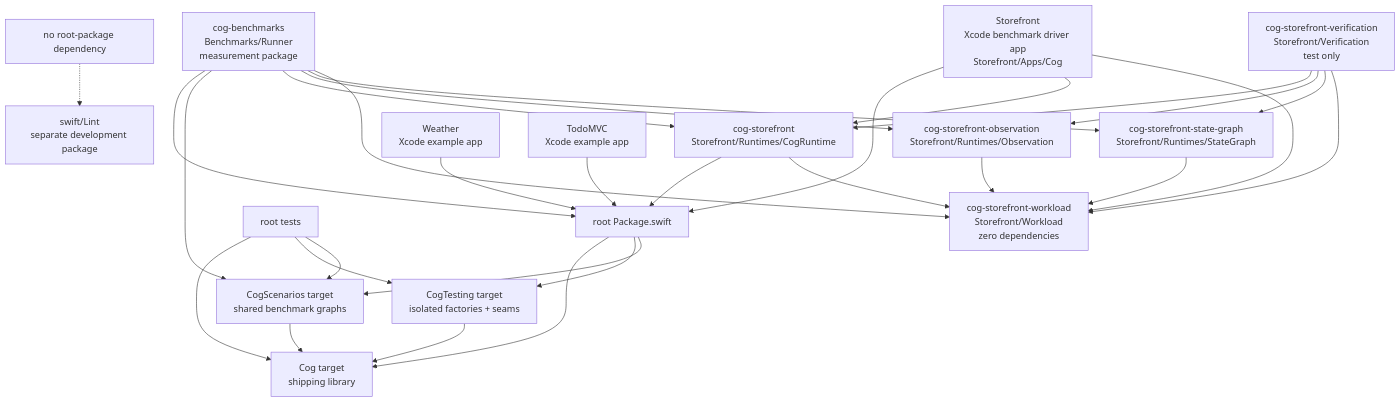
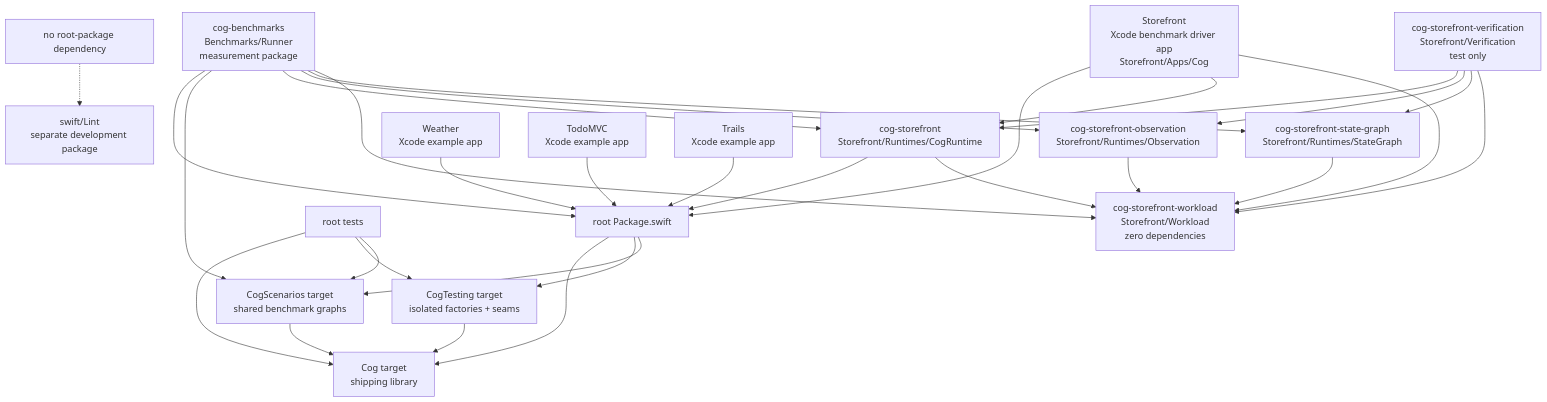
Before and after one commit to skeswa/cog: the diagram in docs/swift/impl/architecture/codebase-tour.md, drawn with Mermaid. The commit also changed other lines of this file and 1 other file, not shown here.

Commit message:
docs: document the Trails example beside its siblings

````diff
--- a/docs/swift/impl/architecture/codebase-tour.md
+++ b/docs/swift/impl/architecture/codebase-tour.md
@@ -16,44 +16,46 @@
 ```mermaid
 flowchart TB
   root["root Package.swift"]
   cog["Cog target<br/>shipping library"]
   testing["CogTesting target<br/>isolated factories + seams"]
   scenarios["CogScenarios target<br/>shared benchmark graphs"]
   tests["root tests"]
   benches["cog-benchmarks<br/>Benchmarks/Runner<br/>measurement package"]
   workload["cog-storefront-workload<br/>Storefront/Workload<br/>zero dependencies"]
   storefront["cog-storefront<br/>Storefront/Runtimes/CogRuntime"]
   observation["cog-storefront-observation<br/>Storefront/Runtimes/Observation"]
   stategraph["cog-storefront-state-graph<br/>Storefront/Runtimes/StateGraph"]
   verification["cog-storefront-verification<br/>Storefront/Verification<br/>test only"]
   lint["swift/Lint<br/>separate development package"]
   weather["Weather<br/>Xcode example app"]
   todomvc["TodoMVC<br/>Xcode example app"]
+  trails["Trails<br/>Xcode example app"]
   storefrontApp["Storefront<br/>Xcode benchmark driver app<br/>Storefront/Apps/Cog"]
   root --> cog
   root --> testing --> cog
   root --> scenarios --> cog
   tests --> cog
   tests --> testing
   tests --> scenarios
   benches --> root
   benches --> scenarios
   benches --> storefront
   benches --> observation
   benches --> stategraph
   benches --> workload
   storefront --> root
   storefront --> workload
   observation --> workload
   stategraph --> workload
   verification --> storefront
   verification --> observation
   verification --> stategraph
   verification --> workload
   weather --> root
   todomvc --> root
+  trails --> root
   storefrontApp --> root
   storefrontApp --> storefront
   storefrontApp --> workload
   lintNote["no root-package dependency"] -.-> lint
 ```
````
